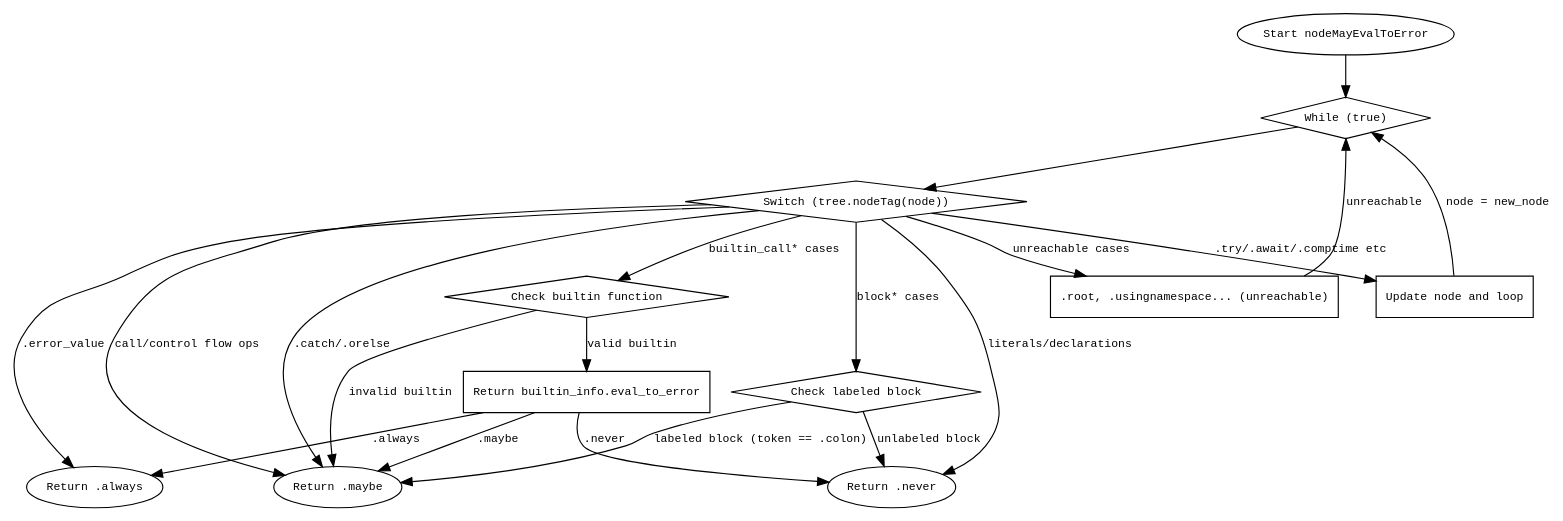
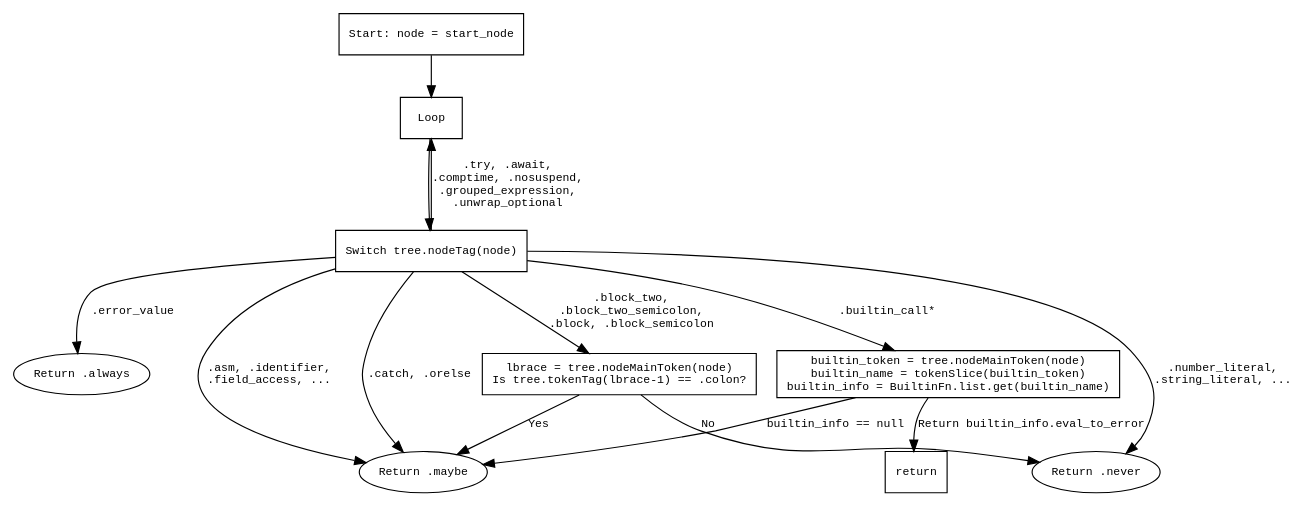
The diagram in dot_std/zig/AstGen.zig.nodeMayEvalToError.md (sdzx-1/deepseek-zig-reader), drawn with Graphviz before and after one commit. The commit also changed other lines of this file and 236 other files, not shown here.

````diff
--- a/dot_std/zig/AstGen.zig.nodeMayEvalToError.md
+++ b/dot_std/zig/AstGen.zig.nodeMayEvalToError.md
@@ -37,50 +21,37 @@
 ```dot
 digraph flowchart {
     node [shape=rectangle, fontname="Courier", fontsize=10];
     edge [fontname="Courier", fontsize=10];
 
-    start [label="Start nodeMayEvalToError", shape=ellipse];
-    loop [label="While (true)", shape=diamond];
-    switch [label="Switch (tree.nodeTag(node))", shape=diamond];
-    
-    // 主要分类节点
-    unreachable_group [label=".root, .usingnamespace... (unreachable)", shape=box];
-    always_return [label="Return .always", shape=ellipse];
-    maybe_return [label="Return .maybe", shape=ellipse];
-    never_return [label="Return .never", shape=ellipse];
-    update_node [label="Update node and loop", shape=box];
-    block_check [label="Check labeled block", shape=diamond];
-    builtin_check [label="Check builtin function", shape=diamond];
+    start [label="Start: node = start_node"];
+    loop [label="Loop"];
+    switch [label="Switch tree.nodeTag(node)"];
+    return_always [label="Return .always", shape=oval];
+    return_maybe [label="Return .maybe", shape=oval];
+    return_never [label="Return .never", shape=oval];
+    check_labeled_block [label="lbrace = tree.nodeMainToken(node)\nIs tree.tokenTag(lbrace-1) == .colon?"];
+    check_builtin [label="builtin_token = tree.nodeMainToken(node)\nbuiltin_name = tokenSlice(builtin_token)\nbuiltin_info = BuiltinFn.list.get(builtin_name)"];
 
     start -> loop;
     loop -> switch;
 
-    // Switch cases 主要分支
-    switch -> unreachable_group [label="unreachable cases"];
-    switch -> always_return [label=".error_value"];
-    switch -> maybe_return [label="call/control flow ops"];
-    switch -> never_return [label="literals/declarations"];
-    switch -> update_node [label=".try/.await/.comptime etc"];
-    switch -> block_check [label="block* cases"];
-    switch -> builtin_check [label="builtin_call* cases"];
-    switch -> maybe_return [label=".catch/.orelse"];
+    // Cases that directly return
+    switch -> return_always [label=".error_value"];
+    switch -> return_maybe [label=".asm, .identifier,\n.field_access, ..."];
+    switch -> return_never [label=".number_literal,\n.string_literal, ..."];
+    switch -> return_maybe [label=".catch, .orelse"];
 
-    // Unreachable 分支
-    unreachable_group -> loop [label="unreachable"];
+    // Cases that modify node and loop back
+    switch -> loop [label=".try, .await,\n.comptime, .nosuspend,\n.grouped_expression,\n.unwrap_optional"];
 
-    // 更新节点分支
-    update_node -> loop [label="node = new_node"];
+    // Block handling
+    switch -> check_labeled_block [label=".block_two,\n.block_two_semicolon,\n.block, .block_semicolon"];
+    check_labeled_block -> return_maybe [label="Yes"];
+    check_labeled_block -> return_never [label="No"];
 
-    // Block检查分支
-    block_check -> maybe_return [label="labeled block (token == .colon)"];
-    block_check -> never_return [label="unlabeled block"];
-
-    // Builtin函数检查分支
-    builtin_check -> maybe_return [label="invalid builtin"];
-    builtin_check -> builtin_eval [label="valid builtin", shape=box];
-    builtin_eval [label="Return builtin_info.eval_to_error", shape=box];
-    builtin_eval -> always_return [label=".always"];
-    builtin_eval -> maybe_return [label=".maybe"];
-    builtin_eval -> never_return [label=".never"];
+    // Builtin call handling
+    switch -> check_builtin [label=".builtin_call*"];
+    check_builtin -> return_maybe [label="builtin_info == null"];
+    check_builtin -> return [label="Return builtin_info.eval_to_error"];
 }
-```
+``` 
````
